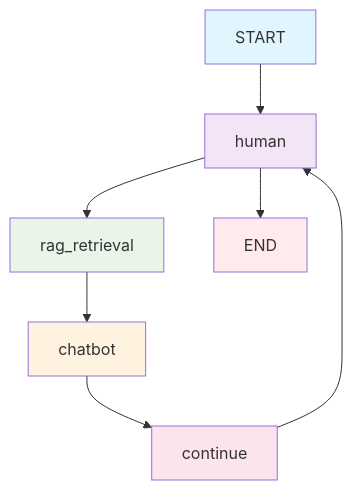
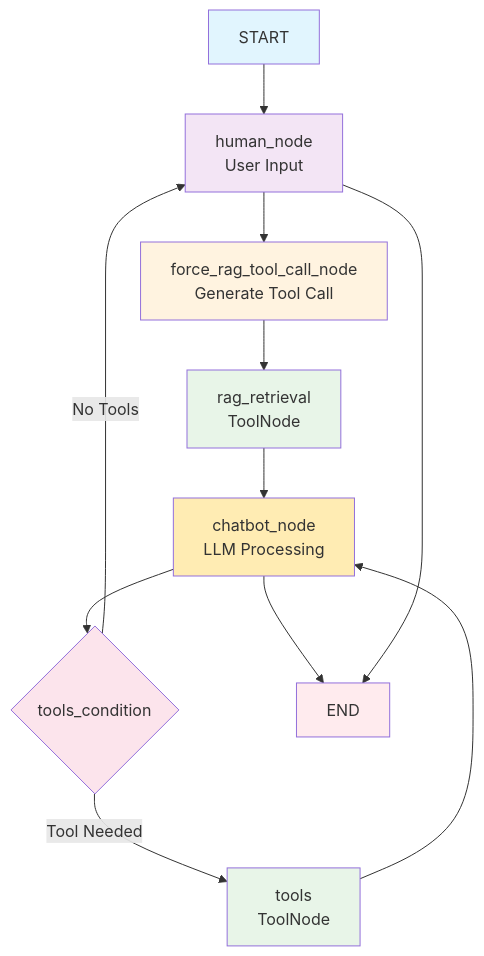
The first of 3 diagrams in docs/diagrams/chatbot_agentic.md (fiddler-labs/fiddler-chatbot), drawn with Mermaid before and after one commit. The commit also changed other lines of this file and 6 other files, not shown here.

Commit message:
Diagram update routine activity

````diff
--- a/docs/diagrams/chatbot_agentic.md
+++ b/docs/diagrams/chatbot_agentic.md
@@ -5,16 +9,22 @@
 ```mermaid
 graph TD
-    A[START] --> B[human]
-    B --> C[rag_retrieval]
-    C --> D[chatbot]
-    D --> E[continue]
-    E --> B
-    B --> F[END]
+    A[START] --> B[human_node<br/>User Input]
+    B --> C[force_rag_tool_call_node<br/>Generate Tool Call]
+    C --> D[rag_retrieval<br/>ToolNode]
+    D --> E[chatbot_node<br/>LLM Processing]
+    E --> F{tools_condition}
+    F -->|Tool Needed| G[tools<br/>ToolNode]
+    G --> E
+    F -->|No Tools| B
+    E --> H[END]
+    B --> H
     
     style A fill:#e1f5fe
     style B fill:#f3e5f5
-    style C fill:#e8f5e8
-    style D fill:#fff3e0
-    style E fill:#fce4ec
-    style F fill:#ffebee
+    style C fill:#fff3e0
+    style D fill:#e8f5e8
+    style E fill:#ffecb3
+    style F fill:#fce4ec
+    style G fill:#e8f5e8
+    style H fill:#ffebee
 ```
````
